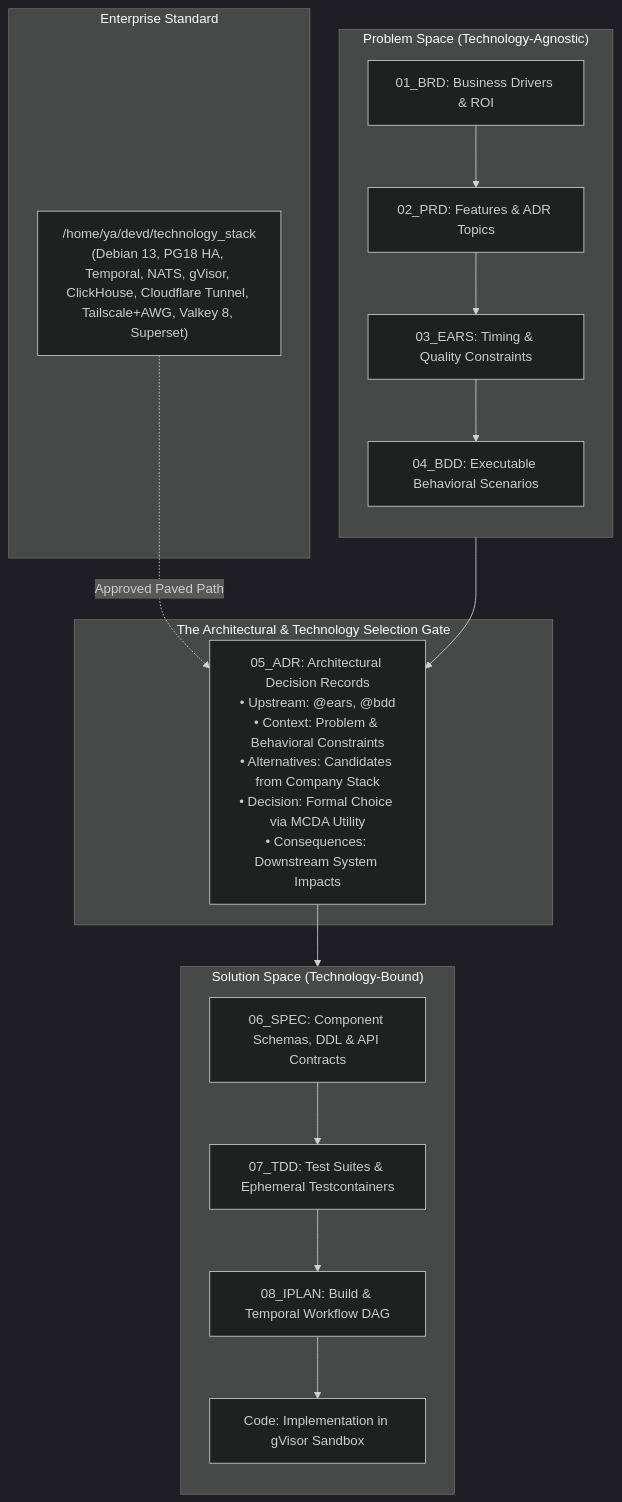
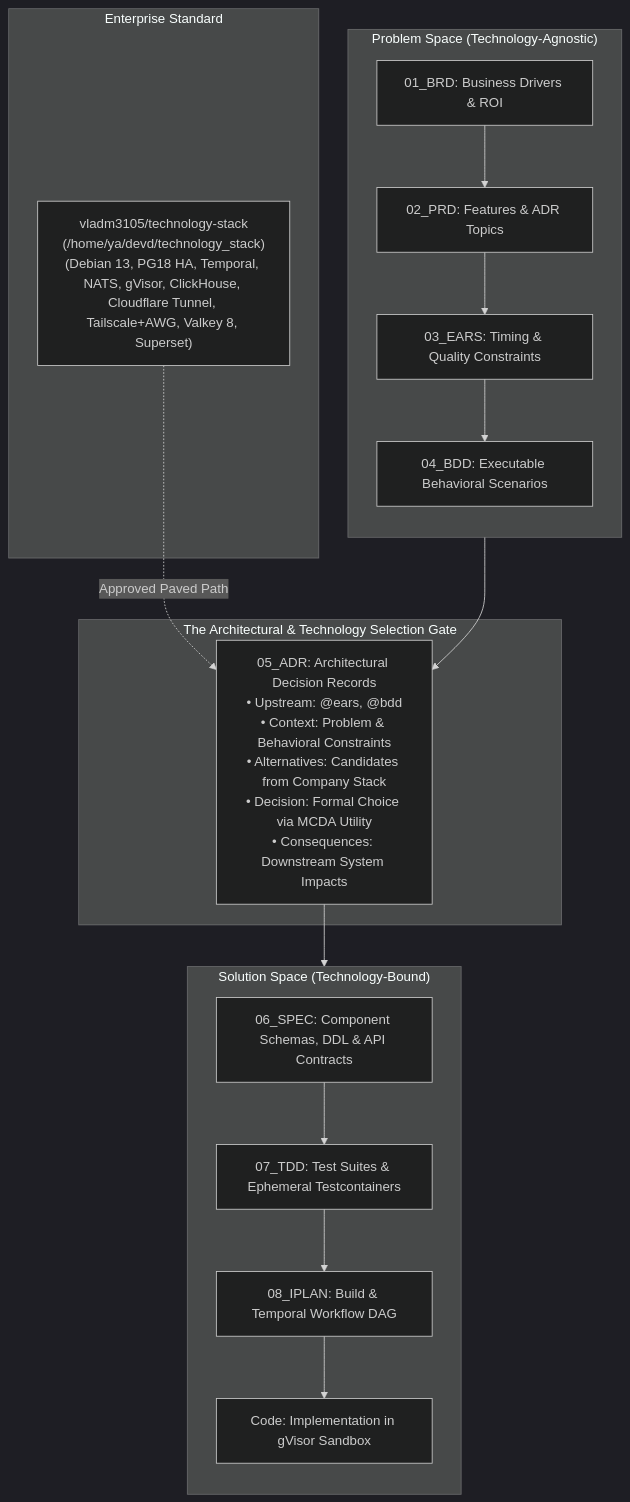
The diagram in framework/governance/RECOMMENDED_PLATFORM_STACK.md (vladm3105/aidoc-flow-framework), drawn with Mermaid (dark theme) before and after one commit. The commit also changed other lines of this file and 182 other files, not shown here.

First line of the commit message:
docs(governance): reference canonical technology stack github repo (CHG-92, GD-73) (#955)

````diff
--- a/framework/governance/RECOMMENDED_PLATFORM_STACK.md
+++ b/framework/governance/RECOMMENDED_PLATFORM_STACK.md
@@ -140,32 +140,32 @@
 ```mermaid
 flowchart TD
     subgraph PROBLEM_SPACE["Problem Space (Technology-Agnostic)"]
         direction TB
         BRD["01_BRD: Business Drivers & ROI"]
         PRD["02_PRD: Features & ADR Topics"]
         EARS["03_EARS: Timing & Quality Constraints"]
         BDD["04_BDD: Executable Behavioral Scenarios"]
         BRD --> PRD --> EARS --> BDD
     end
 
     subgraph ENTERPRISE_GOVERNANCE["Enterprise Standard"]
-        STACK["/home/ya/devd/technology_stack<br/>(Debian 13, PG18 HA, Temporal, NATS, gVisor, ClickHouse, Cloudflare Tunnel, Tailscale+AWG, Valkey 8, Superset)"]
+        STACK["vladm3105/technology-stack<br/>(/home/ya/devd/technology_stack)<br/>(Debian 13, PG18 HA, Temporal, NATS, gVisor, ClickHouse, Cloudflare Tunnel, Tailscale+AWG, Valkey 8, Superset)"]
     end
 
     subgraph SELECTION_GATE["The Architectural & Technology Selection Gate"]
         ADR["05_ADR: Architectural Decision Records<br/>• Upstream: @ears, @bdd<br/>• Context: Problem & Behavioral Constraints<br/>• Alternatives: Candidates from Company Stack<br/>• Decision: Formal Choice via MCDA Utility<br/>• Consequences: Downstream System Impacts"]
     end
 
     subgraph SOLUTION_SPACE["Solution Space (Technology-Bound)"]
         direction TB
         SPEC["06_SPEC: Component Schemas, DDL & API Contracts"]
         TDD["07_TDD: Test Suites & Ephemeral Testcontainers"]
         IPLAN["08_IPLAN: Build & Temporal Workflow DAG"]
         CODE["Code: Implementation in gVisor Sandbox"]
         SPEC --> TDD --> IPLAN --> CODE
     end
 
     BDD --> ADR
     STACK -.->|Approved Paved Path| ADR
     ADR --> SPEC
 ```
````
